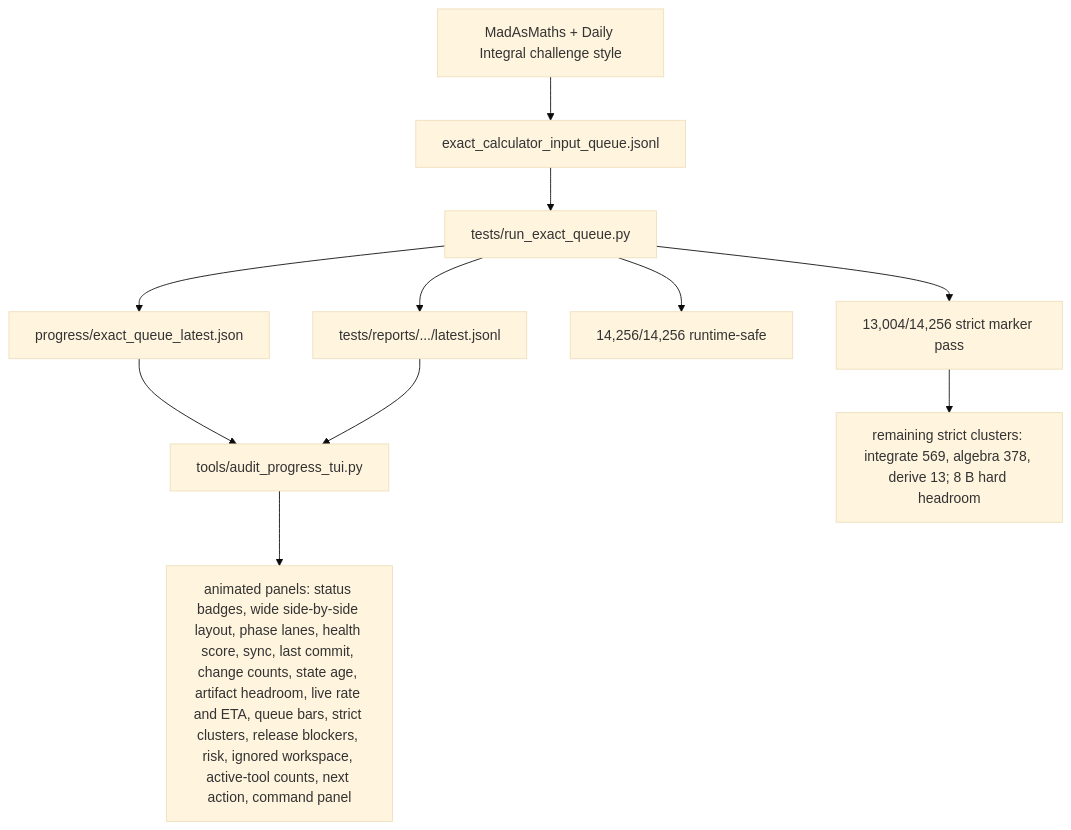
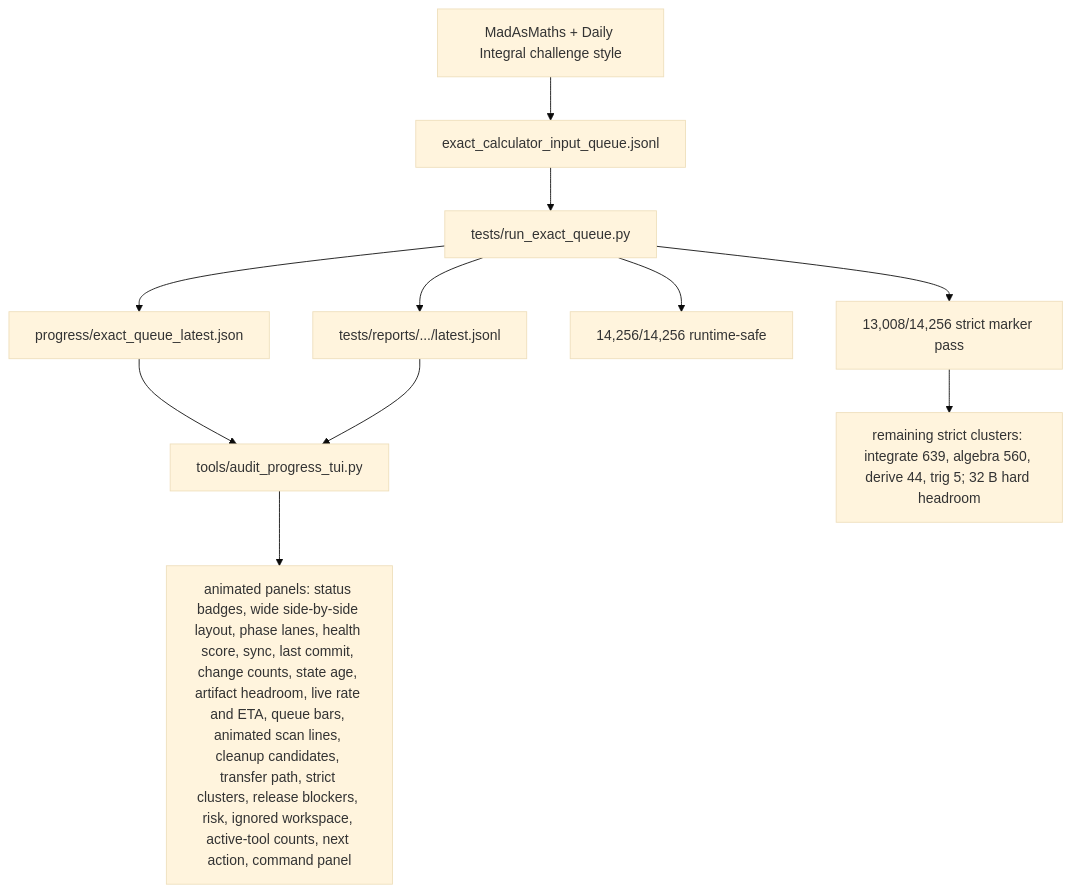
Before and after one commit to james8464/notes-addin-casio-fx-cg50: the fifth of 6 diagrams in docs/GRAPH.md, drawn with Mermaid (base theme). The commit also changed other lines of this file and 4 other files, not shown here.

Commit message:
improve audit tui and strict markers

````diff
--- a/docs/GRAPH.md
+++ b/docs/GRAPH.md
@@ -60,13 +60,13 @@
 ```mermaid
 graph TD
   Online["MadAsMaths + Daily Integral challenge style"] --> Queue["exact_calculator_input_queue.jsonl"]
   Queue --> Runner["tests/run_exact_queue.py"]
   Runner --> Live["progress/exact_queue_latest.json"]
   Runner --> Report["tests/reports/.../latest.jsonl"]
   Live --> TUI["tools/audit_progress_tui.py"]
   Report --> TUI
-  TUI --> Panels["animated panels: status badges, wide side-by-side layout, phase lanes, health score, sync, last commit, change counts, state age, artifact headroom, live rate and ETA, queue bars, strict clusters, release blockers, risk, ignored workspace, active-tool counts, next action, command panel"]
+  TUI --> Panels["animated panels: status badges, wide side-by-side layout, phase lanes, health score, sync, last commit, change counts, state age, artifact headroom, live rate and ETA, queue bars, animated scan lines, cleanup candidates, transfer path, strict clusters, release blockers, risk, ignored workspace, active-tool counts, next action, command panel"]
   Runner --> Runtime["14,256/14,256 runtime-safe"]
-  Runner --> Strict["13,004/14,256 strict marker pass"]
-  Strict --> Remaining["remaining strict clusters: integrate 569, algebra 378, derive 13; 8 B hard headroom"]
+  Runner --> Strict["13,008/14,256 strict marker pass"]
+  Strict --> Remaining["remaining strict clusters: integrate 639, algebra 560, derive 44, trig 5; 32 B hard headroom"]
 ```
````
